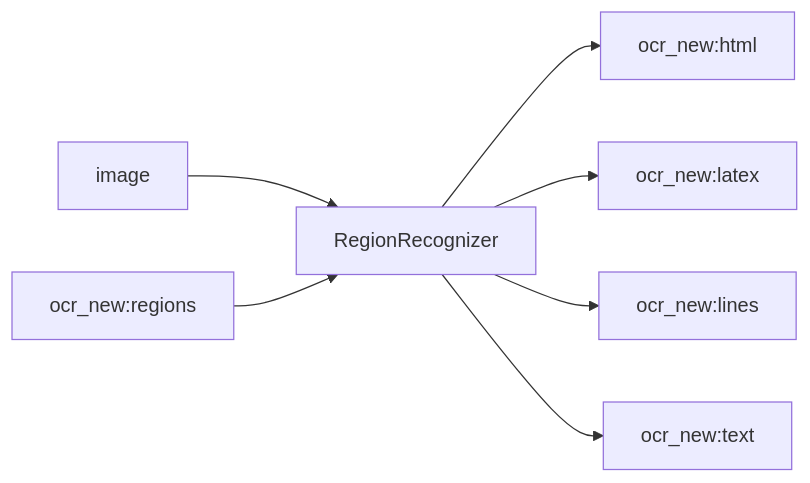
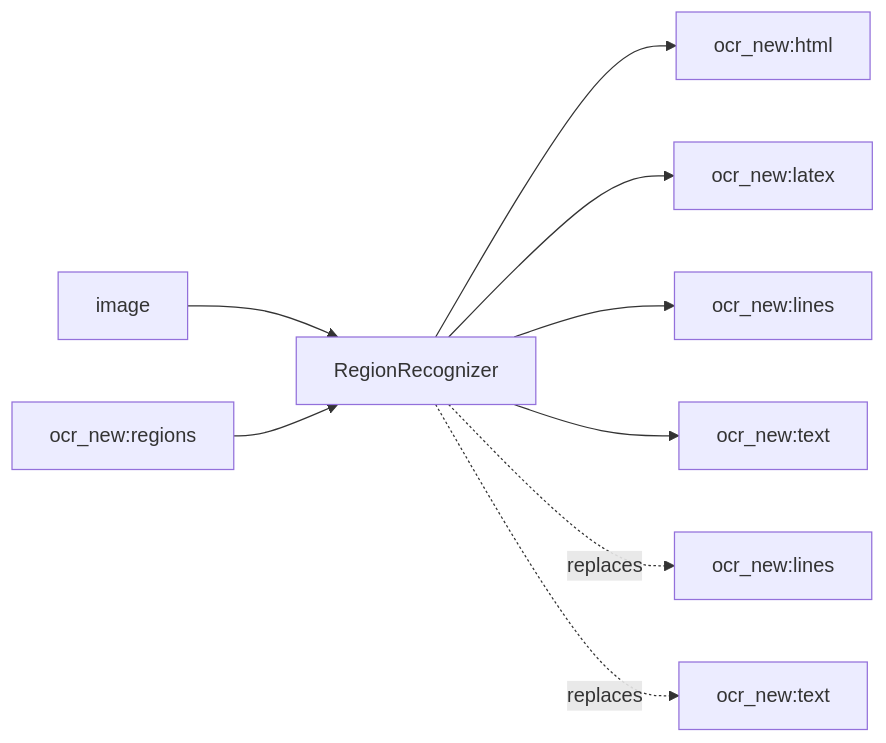
The diagram in docs/blocks/recognition/RegionRecognizer.md (storytracer/linecaster), drawn with Mermaid before and after one commit. The commit also changed other lines of this file and 9 other files, not shown here.

````diff
--- a/docs/blocks/recognition/RegionRecognizer.md
+++ b/docs/blocks/recognition/RegionRecognizer.md
@@ -52,10 +54,12 @@
 ```mermaid
 flowchart LR
     B["RegionRecognizer"]
     r0["image"] --> B
     r1["ocr_new:regions"] --> B
     B --> a0["ocr_new:html"]
     B --> a1["ocr_new:latex"]
     B --> a2["ocr_new:lines"]
     B --> a3["ocr_new:text"]
+    B -. replaces .-> x0["ocr_new:lines"]
+    B -. replaces .-> x1["ocr_new:text"]
 ```
````
